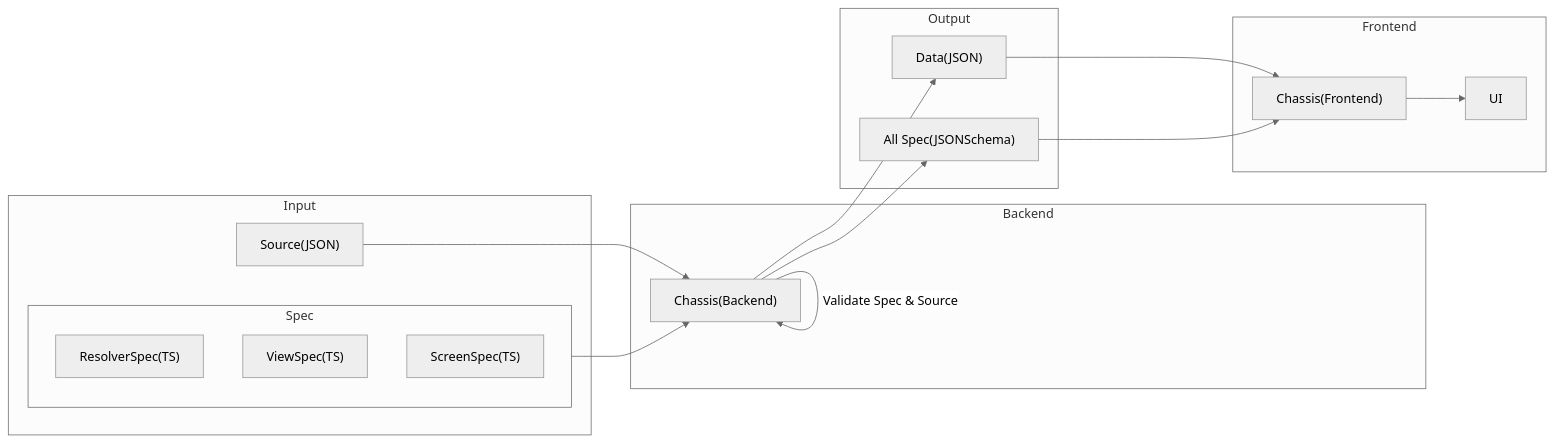
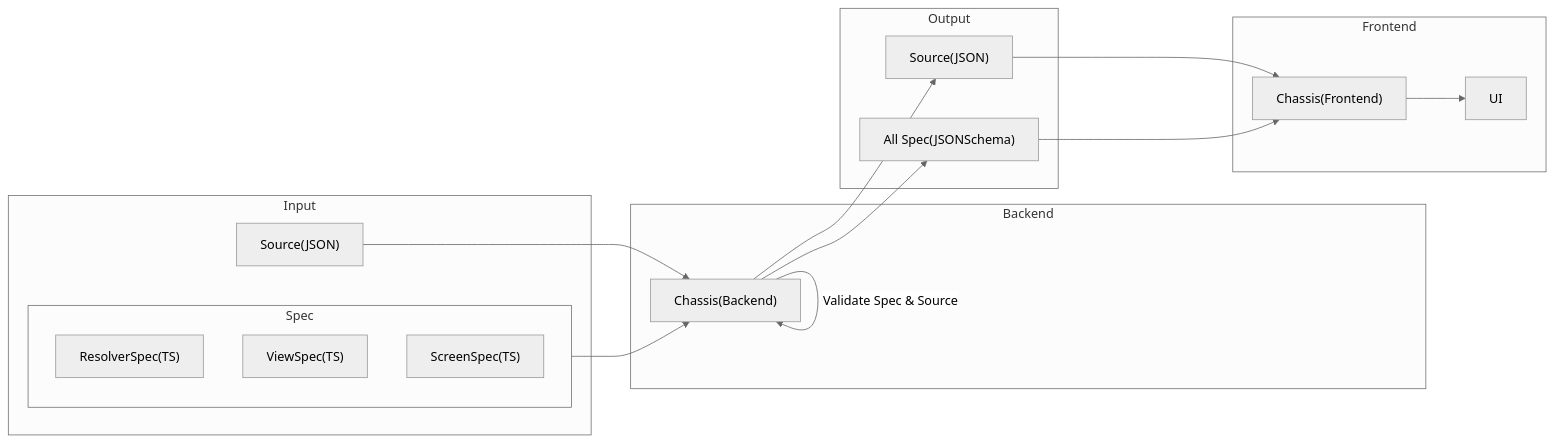
Before and after one commit to muze-innovation/chassis: the diagram in backend/README.md, drawn with Mermaid (neutral theme). The commit also changed other lines of this file and 2 other files, not shown here.

````diff
--- a/backend/README.md
+++ b/backend/README.md
@@ -9,36 +22,36 @@
 ```mermaid
 flowchart LR
 libt["Chassis(Backend)"]
 libd["Chassis(Frontend)"]
 
 subgraph Spec
     stsr["ResolverSpec(TS)"]
     stsv["ViewSpec(TS)"]
     stss["ScreenSpec(TS)"]
 end
 
 subgraph Input
     Spec
     s["Source(JSON)"]
 end
 
 subgraph Output
-    output["Data(JSON)"]
+    output["Source(JSON)"]
     sdart["All Spec(JSONSchema)"]
 end
 
 subgraph Backend
    Spec --> libt
    s --> libt
 end
 
 libt --Validate Spec & Source--> libt
 libt --> output
 libt --> sdart
 output --> libd
 sdart --> libd
 
 subgraph Frontend
 libd --> UI
 end
 ```
````
